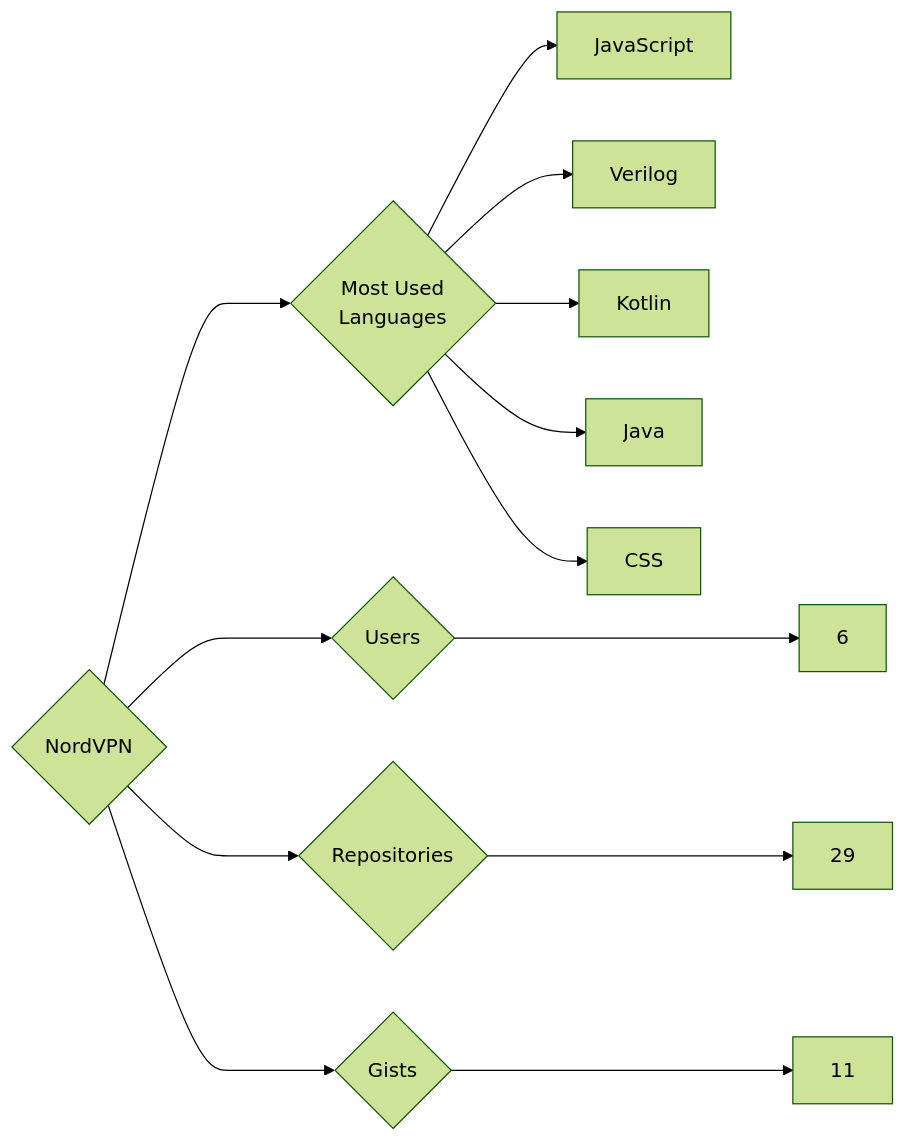
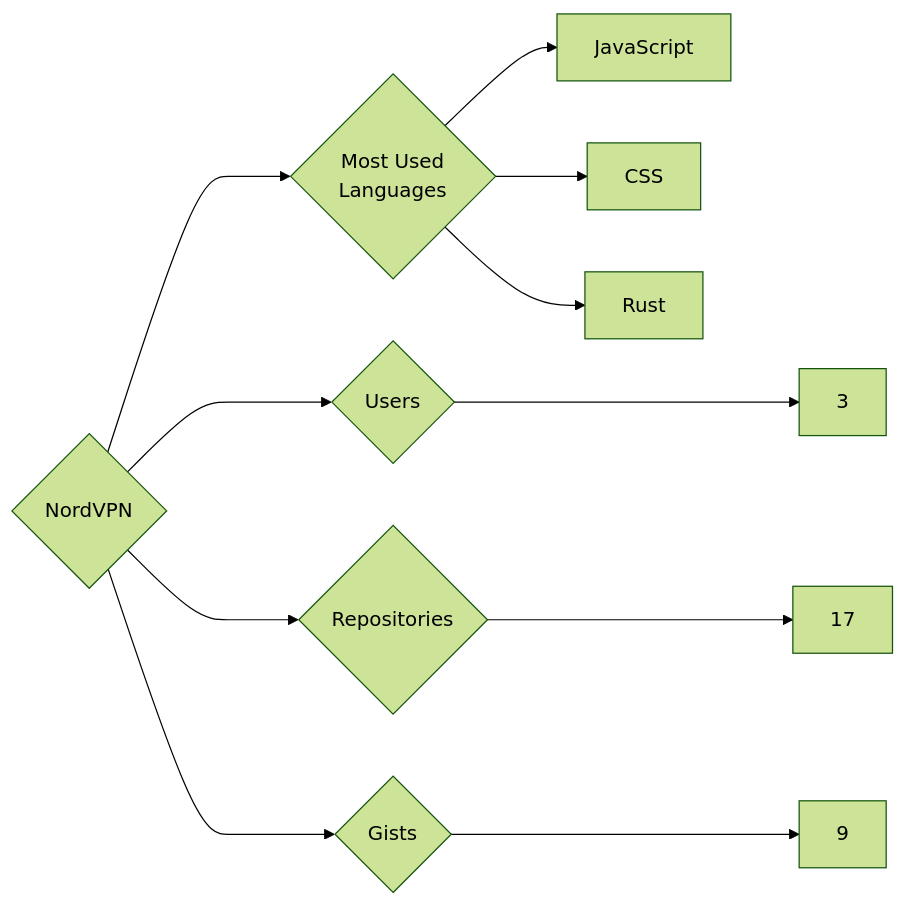
Before and after one commit to trickest/insiders: the diagram in targets/NordVPN/README.md, drawn with Mermaid (forest theme). The commit also changed 964 other files, not shown here.

````diff
--- a/targets/NordVPN/README.md
+++ b/targets/NordVPN/README.md
@@ -3,13 +3,11 @@
 ```mermaid
 graph LR
 COMPANY_NAME{NordVPN}
-COMPANY_NAME ---> U{Users} ---> UN[6]
-COMPANY_NAME ---> R{Repositories} ---> RN[29]
-COMPANY_NAME ---> G{Gists} ---> GN[11]
+COMPANY_NAME ---> U{Users} ---> UN[3]
+COMPANY_NAME ---> R{Repositories} ---> RN[17]
+COMPANY_NAME ---> G{Gists} ---> GN[9]
 COMPANY_NAME ---> ML{Most Used<br>Languages}
 ML --> JavaScript[JavaScript]
-ML --> Verilog[Verilog]
-ML --> Kotlin[Kotlin]
-ML --> Java[Java]
 ML --> CSS[CSS]
+ML --> Rust[Rust]
 ```
````
